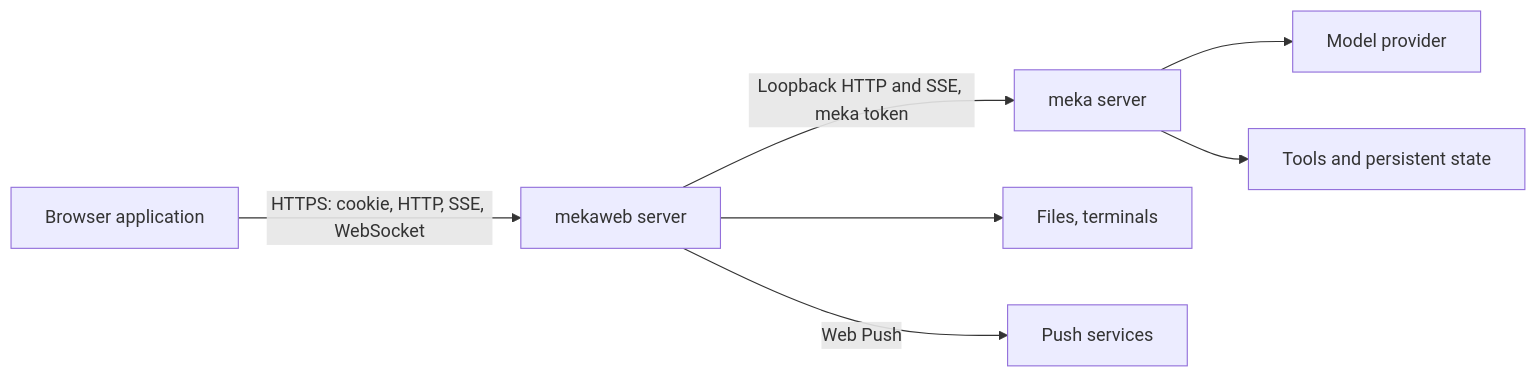
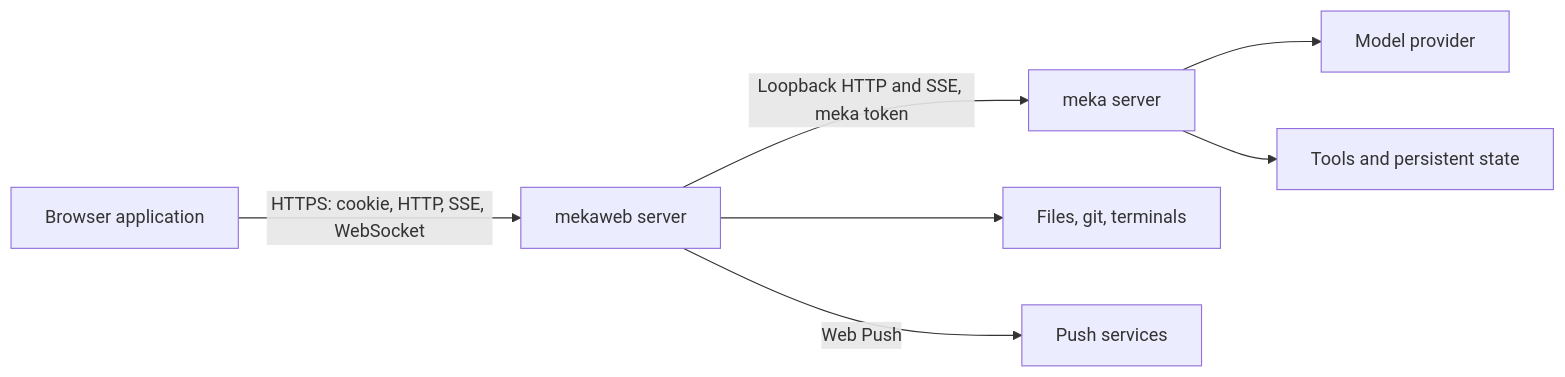
The diagram in docs/architecture.md (k4yt3x/mekaweb), drawn with Mermaid before and after one commit. The commit also changed other lines of this file and 32 other files, not shown here.

````diff
--- a/docs/architecture.md
+++ b/docs/architecture.md
@@ -7,9 +7,9 @@
 ```mermaid
 flowchart LR
     Browser[Browser application] -->|HTTPS: cookie, HTTP, SSE, WebSocket| Server[mekaweb server]
     Server -->|Loopback HTTP and SSE, meka token| Meka[meka server]
-    Server --> Host[Files, terminals]
+    Server --> Host[Files, git, terminals]
     Server -->|Web Push| PushService[Push services]
     Meka --> Provider[Model provider]
     Meka --> Tools[Tools and persistent state]
 ```
````
